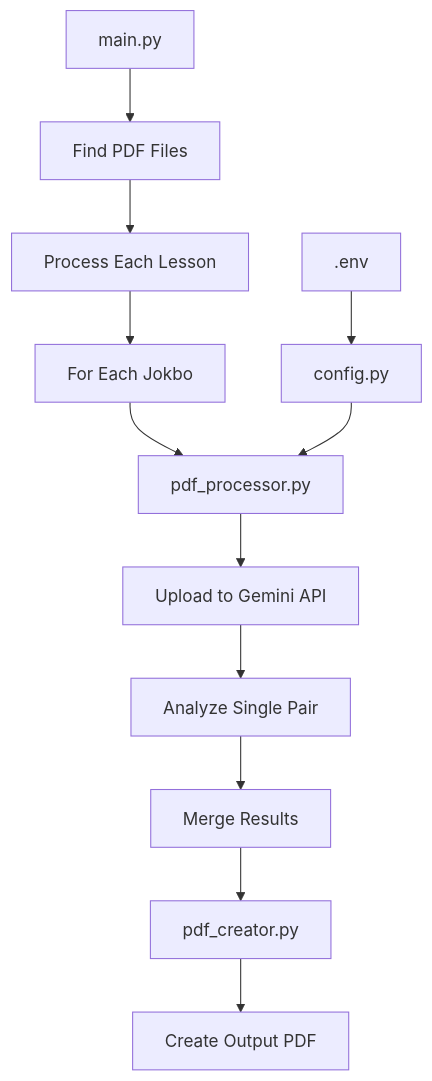
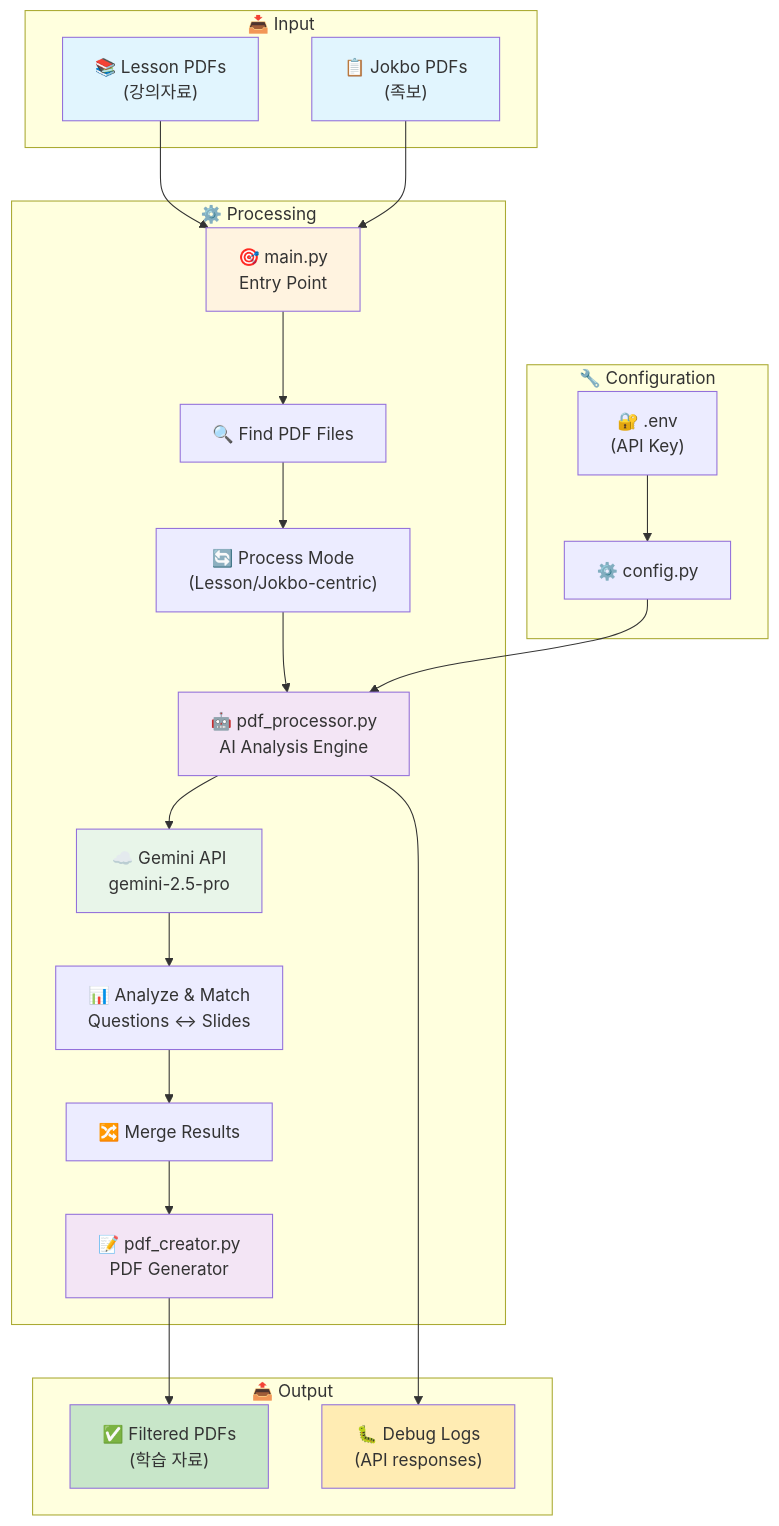
Before and after one commit to ksw6895/jokbodude: the first of 4 diagrams in architecture.md, drawn with Mermaid. The commit also changed other lines of this file and 7 other files, not shown here.

````diff
--- a/architecture.md
+++ b/architecture.md
@@ -5,15 +5,52 @@
 ```mermaid
 graph TD
-    A[main.py] --> B[Find PDF Files]
-    B --> C[Process Each Lesson]
-    C --> D[For Each Jokbo]
-    D --> E[pdf_processor.py]
-    E --> F[Upload to Gemini API]
-    F --> G[Analyze Single Pair]
-    G --> H[Merge Results]
-    H --> I[pdf_creator.py]
-    I --> J[Create Output PDF]
+    subgraph "📥 Input"
+        A1["📚 Lesson PDFs<br/>(강의자료)"]
+        A2["📋 Jokbo PDFs<br/>(족보)"]
+    end
     
-    K[config.py] --> E
-    L[.env] --> K
+    subgraph "⚙️ Processing"
+        B["🎯 main.py<br/>Entry Point"] 
+        C["🔍 Find PDF Files"]
+        D["🔄 Process Mode<br/>(Lesson/Jokbo-centric)"]
+        E["🤖 pdf_processor.py<br/>AI Analysis Engine"]
+        F["☁️ Gemini API<br/>gemini-2.5-pro"]
+        G["📊 Analyze & Match<br/>Questions ↔ Slides"]
+        H["🔀 Merge Results"]
+        I["📝 pdf_creator.py<br/>PDF Generator"]
+    end
+    
+    subgraph "📤 Output"
+        J["✅ Filtered PDFs<br/>(학습 자료)"]
+        K["🐛 Debug Logs<br/>(API responses)"]
+    end
+    
+    subgraph "🔧 Configuration"
+        L["⚙️ config.py"]
+        M["🔐 .env<br/>(API Key)"]
+    end
+    
+    A1 --> B
+    A2 --> B
+    B --> C
+    C --> D
+    D --> E
+    E --> F
+    F --> G
+    G --> H
+    H --> I
+    I --> J
+    E --> K
+    
+    M --> L
+    L --> E
+    
+    style A1 fill:#e1f5fe
+    style A2 fill:#e1f5fe
+    style B fill:#fff3e0
+    style E fill:#f3e5f5
+    style F fill:#e8f5e9
+    style I fill:#f3e5f5
+    style J fill:#c8e6c9
+    style K fill:#ffecb3
 ```
````
